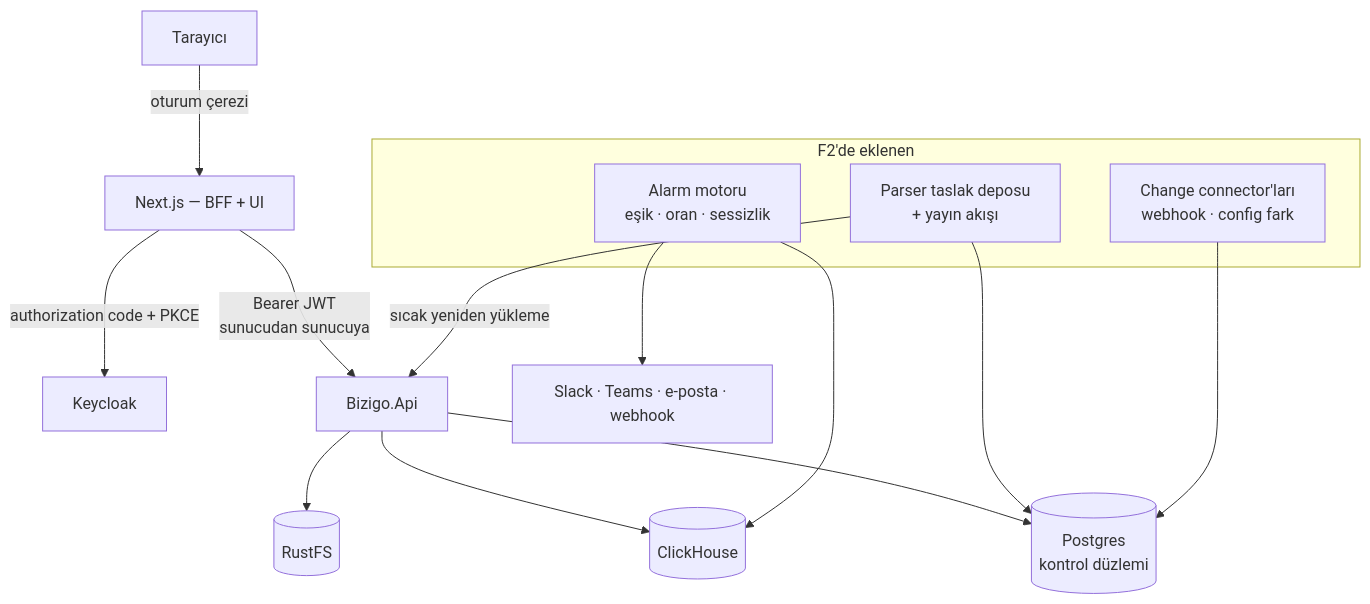
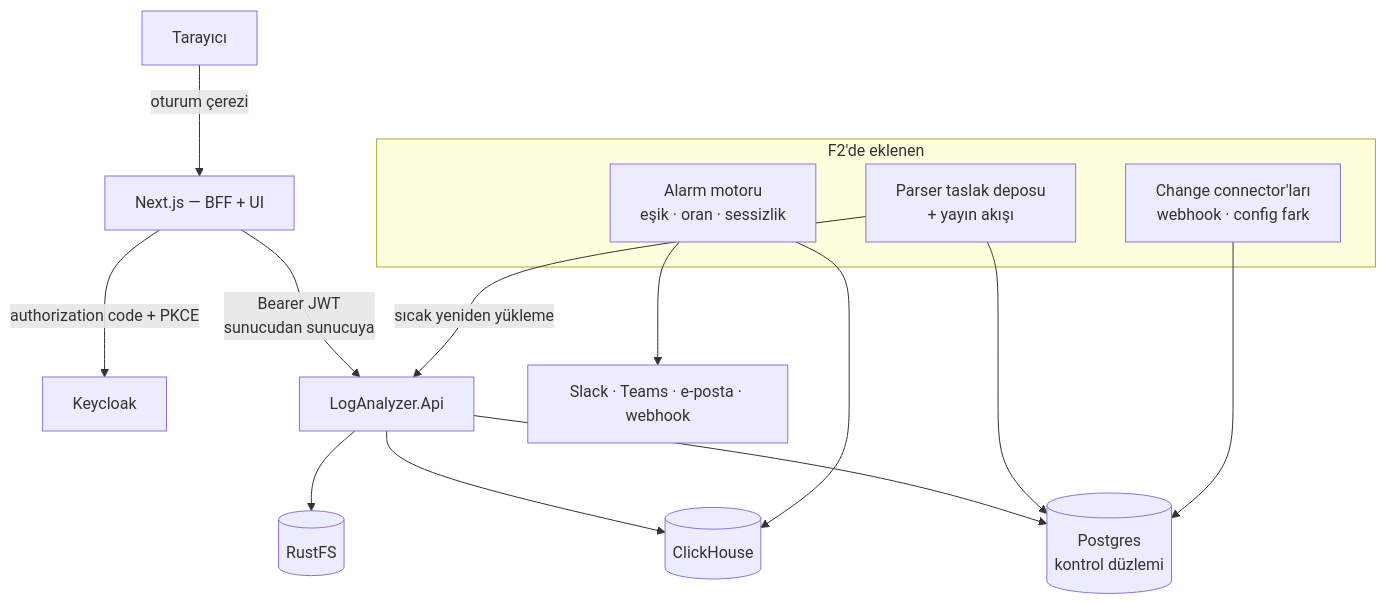
One commit to hakkisagdic/loganalyzer changed the first of 2 diagrams in docs/epic/f2-teknik-plan/index.md. Above: the diagram before and after it, drawn with Mermaid. The commit also changed other lines of this file and 2211 other files, not shown here.

Commit message:
feat: add LogAnalyzer Lite incident flight recorder, rebrand from bizigo to generic loganalyzer

````diff
--- a/docs/epic/f2-teknik-plan/index.md
+++ b/docs/epic/f2-teknik-plan/index.md
@@ -39,22 +39,22 @@
 ```mermaid
 flowchart TB
   B["Tarayıcı"] -->|oturum çerezi| N["Next.js — BFF + UI"]
   N -->|authorization code + PKCE| KC["Keycloak"]
-  N -->|Bearer JWT<br/>sunucudan sunucuya| API["Bizigo.Api"]
+  N -->|Bearer JWT<br/>sunucudan sunucuya| API["LogAnalyzer.Api"]
 
   API --> CH[("ClickHouse")]
   API --> PG[("Postgres<br/>kontrol düzlemi")]
   API --> RF[("RustFS")]
 
   subgraph yeni["F2'de eklenen"]
     ALARM["Alarm motoru<br/>eşik · oran · sessizlik"]
     DRAFT["Parser taslak deposu<br/>+ yayın akışı"]
     CHG["Change connector'ları<br/>webhook · config fark"]
   end
 
   ALARM --> CH
   ALARM --> NOTIFY["Slack · Teams · e-posta · webhook"]
   DRAFT --> PG
   DRAFT -->|sıcak yeniden yükleme| API
   CHG --> PG
 ```
````
